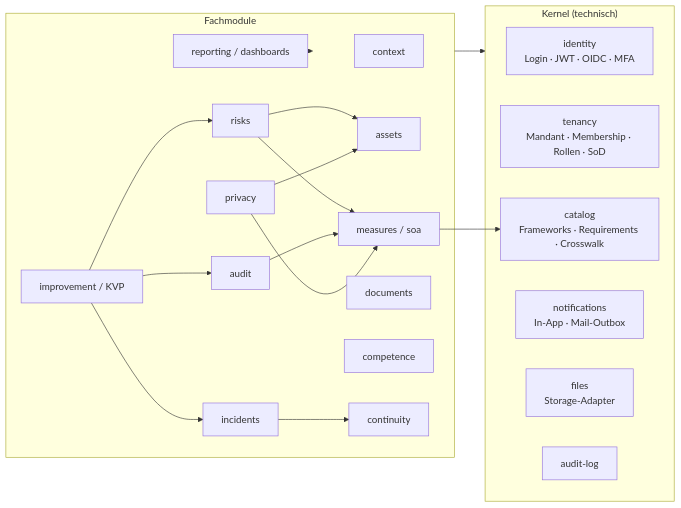
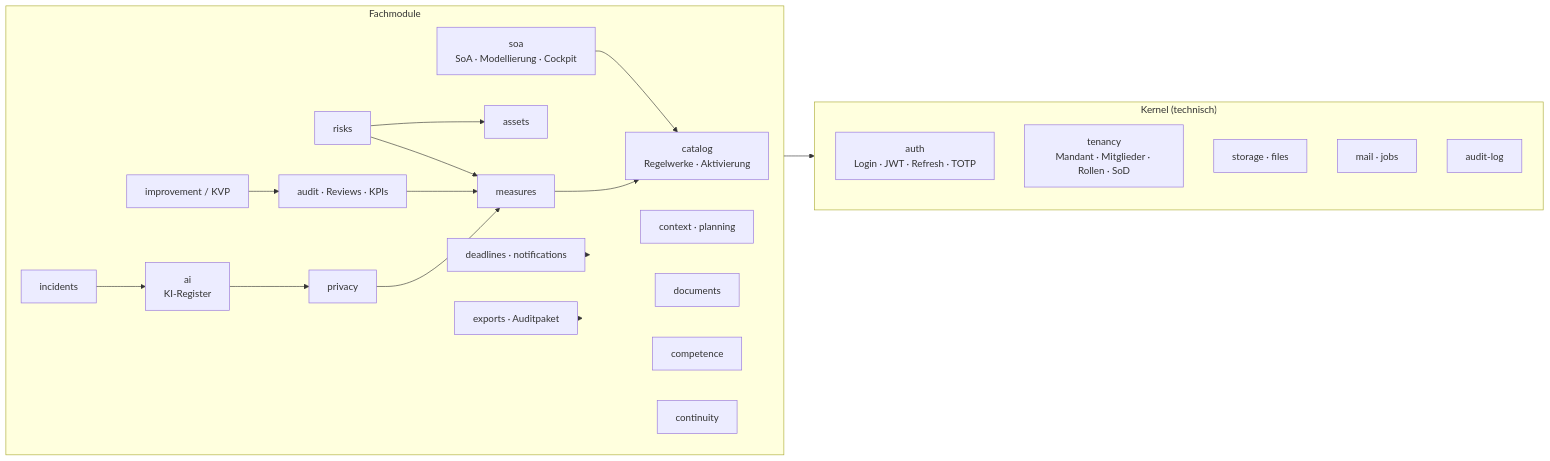
Before and after one commit to Kico-bot/ISMS_SaaS: the second of 3 diagrams in docs/architecture/02-backend-architektur.md, drawn with Mermaid. The commit also changed other lines of this file and 8 other files, not shown here.

First line of the commit message:
Docs: bring architecture and guides up to the current state; track open checks

````diff
--- a/docs/architecture/02-backend-architektur.md
+++ b/docs/architecture/02-backend-architektur.md
@@ -88,37 +97,40 @@
 ```mermaid
 flowchart LR
   subgraph Kernel["Kernel (technisch)"]
-    AUTH[identity<br/>Login · JWT · OIDC · MFA]
-    TEN[tenancy<br/>Mandant · Membership · Rollen · SoD]
-    CAT[catalog<br/>Frameworks · Requirements · Crosswalk]
-    NOTIF[notifications<br/>In-App · Mail-Outbox]
-    FILES[files<br/>Storage-Adapter]
+    AUTH[auth<br/>Login · JWT · Refresh · TOTP]
+    TEN[tenancy<br/>Mandant · Mitglieder · Rollen · SoD]
+    STO[storage · files]
+    MAIL[mail · jobs]
     LOG[audit-log]
   end
   subgraph Fach["Fachmodule"]
-    CTX[context]
+    CAT[catalog<br/>Regelwerke · Aktivierung]
+    SOA[soa<br/>SoA · Modellierung · Cockpit]
+    MEA[measures]
+    CTX[context · planning]
     AST[assets]
     RSK[risks]
-    MEA[measures / soa]
     DOC[documents]
     CMP[competence]
-    AUD[audit]
+    AUD[audit · Reviews · KPIs]
     IMP[improvement / KVP]
     INC[incidents]
     BCM[continuity]
     PRV[privacy]
-    RPT[reporting / dashboards]
+    AI[ai<br/>KI-Register]
+    DL[deadlines · notifications]
+    EXP[exports · Auditpaket]
   end
   Fach --> Kernel
   RSK --> AST
   RSK --> MEA
   MEA --> CAT
+  SOA --> CAT
   AUD --> MEA
   IMP --> AUD
-  IMP --> INC
-  IMP --> RSK
-  INC --> BCM
+  INC --> AI
   PRV --> MEA
-  PRV --> AST
-  RPT --> Fach
+  AI --> PRV
+  DL --> Fach
+  EXP --> Fach
 ```
````
